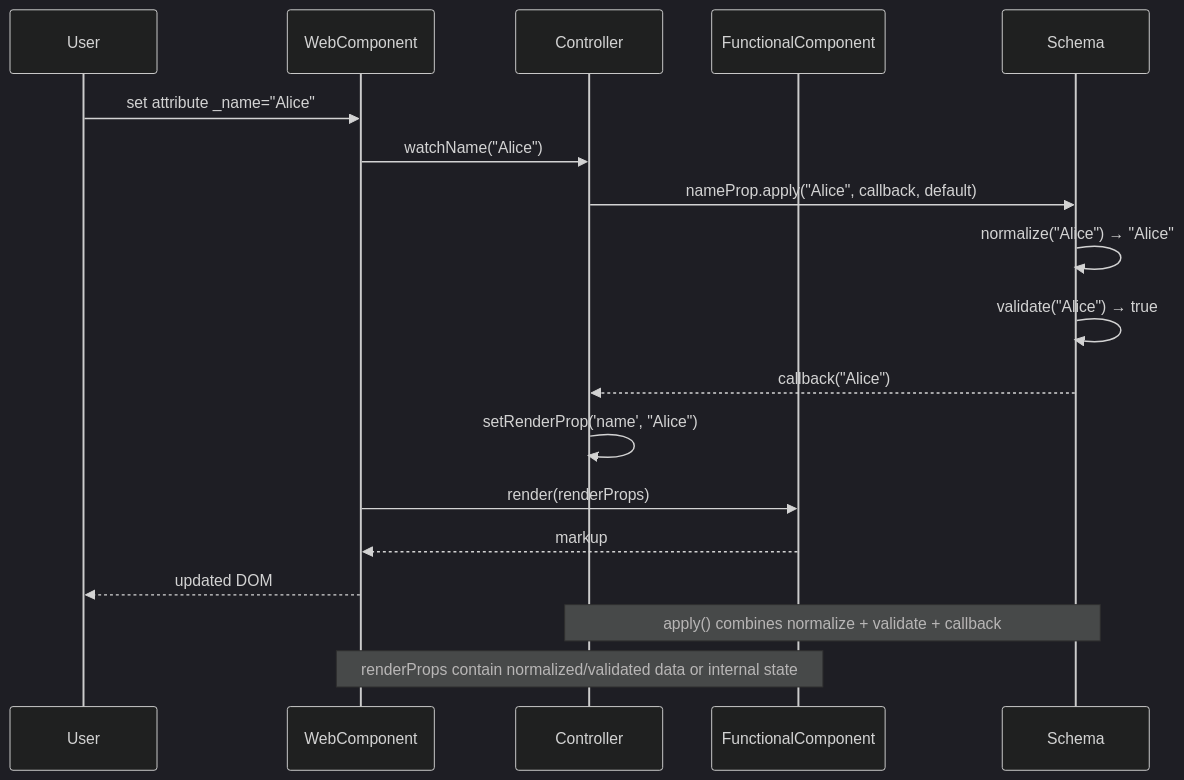
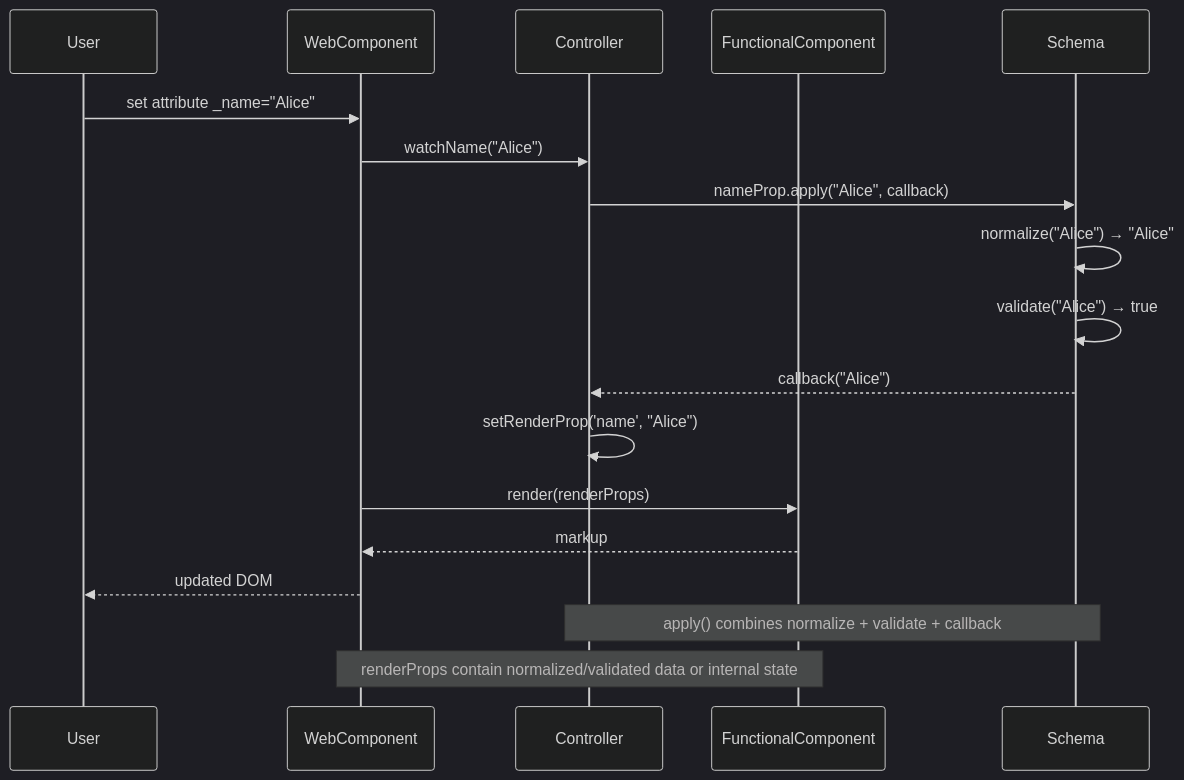
One commit to public-ui/kolibri changed the third of 3 diagrams in packages/components/src/components/_skeleton/ARC42.md. Above: the diagram before and after it, drawn with Mermaid (dark theme). The commit also changed other lines of this file and 54 other files, not shown here.

````diff
--- a/packages/components/src/components/_skeleton/ARC42.md
+++ b/packages/components/src/components/_skeleton/ARC42.md
@@ -448,20 +572,20 @@
 ```mermaid
 sequenceDiagram
     participant U as User
     participant WC as WebComponent
     participant CTRL as Controller
     participant FC as FunctionalComponent
     participant S as Schema
     U->>WC: set attribute _name="Alice"
     WC->>CTRL: watchName("Alice")
-    CTRL->>S: nameProp.apply("Alice", callback, default)
+    CTRL->>S: nameProp.apply("Alice", callback)
     S->>S: normalize("Alice") → "Alice"
     S->>S: validate("Alice") → true
     S-->>CTRL: callback("Alice")
     CTRL->>CTRL: setRenderProp('name', "Alice")
     WC->>FC: render(renderProps)
     FC-->>WC: markup
     WC-->>U: updated DOM
     Note over S,CTRL: apply() combines normalize + validate + callback
     Note over FC,WC: renderProps contain normalized/validated data or internal state
 ```
````
